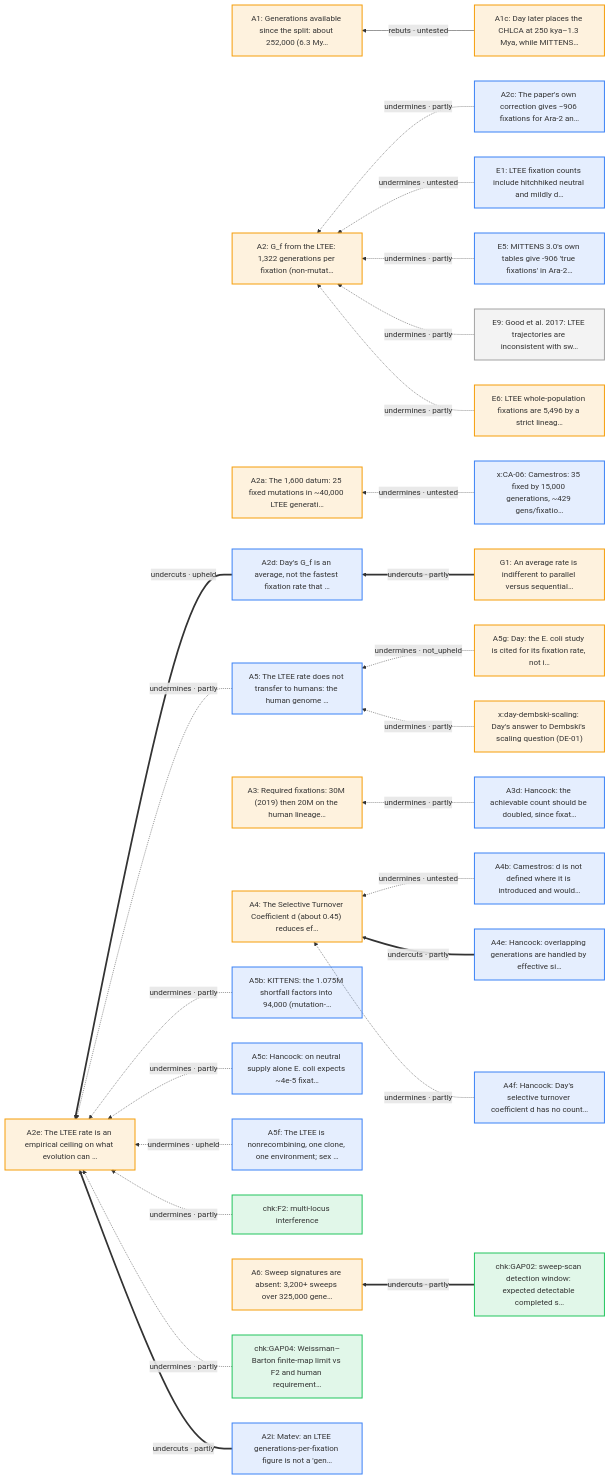
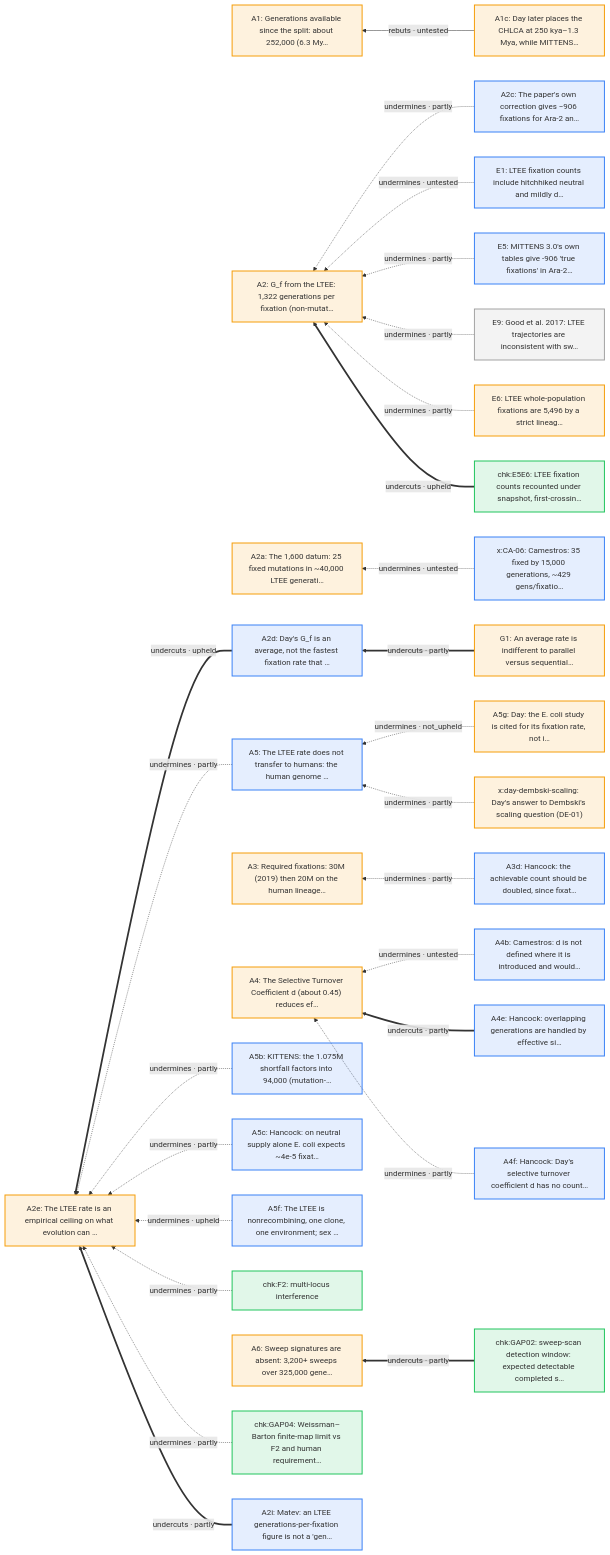
The first of 19 diagrams in docs/arguments/defeaters.md (nickallevato/evo-sim), drawn with Mermaid before and after one commit. The commit also changed other lines of this file and 22 other files, not shown here.

````diff
--- a/docs/arguments/defeaters.md
+++ b/docs/arguments/defeaters.md
@@ -15,61 +15,63 @@
 ```mermaid
 flowchart RL
   classDef day fill:#f59e0b22,stroke:#f59e0b,stroke-width:2px
   classDef ally fill:#d9770622,stroke:#d97706,stroke-width:2px
   classDef critic fill:#3b82f622,stroke:#3b82f6,stroke-width:2px
   classDef literature fill:#a3a3a322,stroke:#a3a3a3,stroke-width:2px
   classDef audit fill:#22c55e22,stroke:#22c55e,stroke-width:2px
   A1["A1: Generations available since the split: about 252,000 (6.3 My…"]:::day
   A1c["A1c: Day later places the CHLCA at 250 kya–1.3 Mya, while MITTENS…"]:::day
   A2["A2: G_f from the LTEE: 1,322 generations per fixation (non-mutat…"]:::day
   A2a["A2a: The 1,600 datum: 25 fixed mutations in ~40,000 LTEE generati…"]:::day
   A2c["A2c: The paper's own correction gives −906 fixations for Ara-2 an…"]:::critic
   A2d["A2d: Day's G_f is an average, not the fastest fixation rate that …"]:::critic
   A2e["A2e: The LTEE rate is an empirical ceiling on what evolution can …"]:::day
   A2i["A2i: Matev: an LTEE generations-per-fixation figure is not a 'gen…"]:::critic
   A3["A3: Required fixations: 30M (2019) then 20M on the human lineage…"]:::day
   A3d["A3d: Hancock: the achievable count should be doubled, since fixat…"]:::critic
   A4["A4: The Selective Turnover Coefficient d (about 0.45) reduces ef…"]:::day
   A4b["A4b: Camestros: d is not defined where it is introduced and would…"]:::critic
   A4e["A4e: Hancock: overlapping generations are handled by effective si…"]:::critic
   A4f["A4f: Hancock: Day's selective turnover coefficient d has no count…"]:::critic
   A5["A5: The LTEE rate does not transfer to humans: the human genome …"]:::critic
   A5b["A5b: KITTENS: the 1.075M shortfall factors into 94,000 (mutation-…"]:::critic
   A5c["A5c: Hancock: on neutral supply alone E. coli expects ~4e-5 fixat…"]:::critic
   A5f["A5f: The LTEE is nonrecombining, one clone, one environment; sex …"]:::critic
   A5g["A5g: Day: the E. coli study is cited for its fixation rate, not i…"]:::day
   A6["A6: Sweep signatures are absent: 3,200+ sweeps over 325,000 gene…"]:::day
   E1["E1: LTEE fixation counts include hitchhiked neutral and mildly d…"]:::critic
   E5["E5: MITTENS 3.0's own tables give -906 'true fixations' in Ara-2…"]:::critic
   E6["E6: LTEE whole-population fixations are 5,496 by a strict lineag…"]:::day
   E9["E9: Good et al. 2017: LTEE trajectories are inconsistent with sw…"]:::literature
   G1["G1: An average rate is indifferent to parallel versus sequential…"]:::day
+  chk_E5E6["chk:E5E6: LTEE fixation counts recounted under snapshot, first-crossin…"]:::audit
   chk_F2["chk:F2: multi-locus interference"]:::audit
   chk_GAP02["chk:GAP02: sweep-scan detection window: expected detectable completed s…"]:::audit
   chk_GAP04["chk:GAP04: Weissman–Barton finite-map limit vs F2 and human requirement…"]:::audit
   x_CA_06["x:CA-06: Camestros: 35 fixed by 15,000 generations, ~429 gens/fixatio…"]:::critic
   x_day_dembski_scaling["x:day-dembski-scaling: Day's answer to Dembski's scaling question (DE-01)"]:::day
   A1c -->|"rebuts · untested"| A1
   A2c -.->|"undermines · partly"| A2
   E1 -.->|"undermines · untested"| A2
   E5 -.->|"undermines · partly"| A2
   E9 -.->|"undermines · partly"| A2
   E6 -.->|"undermines · partly"| A2
+  chk_E5E6 ==>|"undercuts · upheld"| A2
   A2d ==>|"undercuts · upheld"| A2e
   A5 -.->|"undermines · partly"| A2e
   A5b -.->|"undermines · partly"| A2e
   A5c -.->|"undermines · partly"| A2e
   A5f -.->|"undermines · upheld"| A2e
   chk_F2 -.->|"undermines · partly"| A2e
   chk_GAP04 -.->|"undermines · partly"| A2e
   A2i ==>|"undercuts · partly"| A2e
   A3d -.->|"undermines · partly"| A3
   A4b -.->|"undermines · untested"| A4
   A4e ==>|"undercuts · partly"| A4
   A4f -.->|"undermines · partly"| A4
   chk_GAP02 ==>|"undercuts · partly"| A6
   x_CA_06 -.->|"undermines · untested"| A2a
   G1 ==>|"undercuts · partly"| A2d
   A5g -.->|"undermines · not_upheld"| A5
   x_day_dembski_scaling -.->|"undermines · partly"| A5
 ```
````
